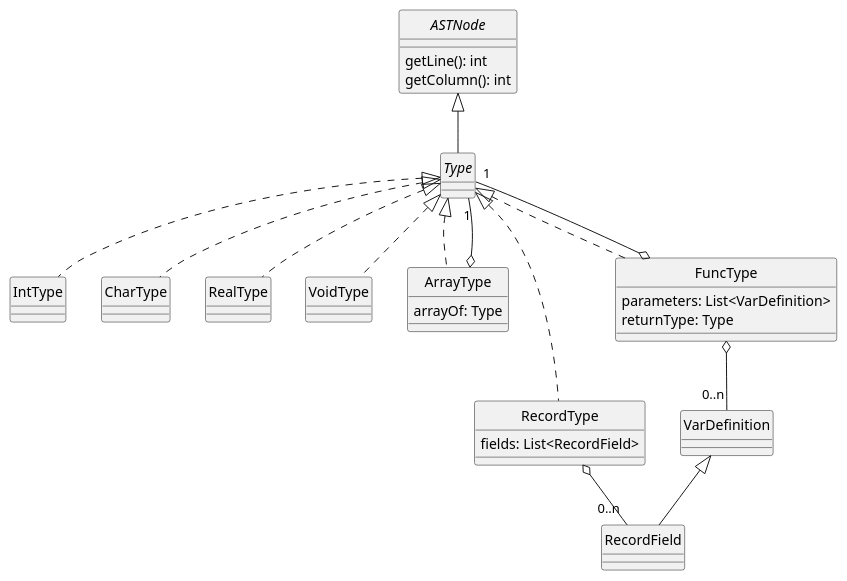
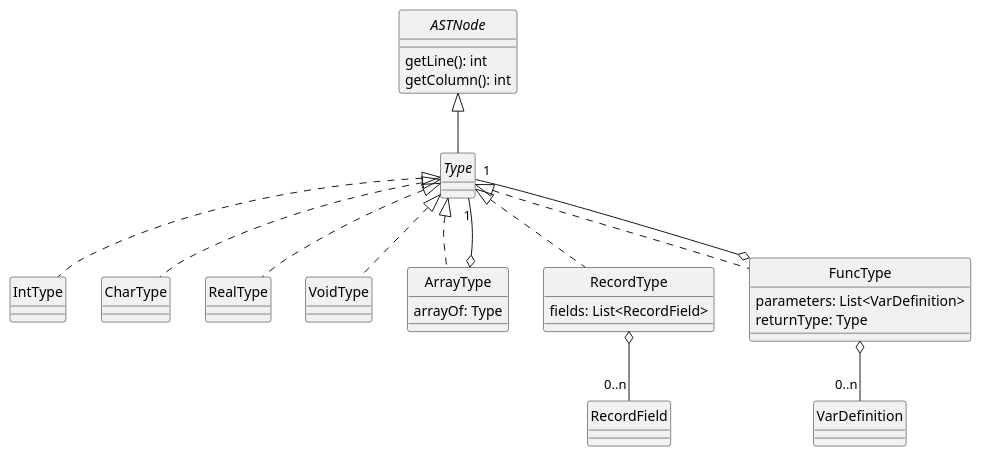
The diagram in docs/diagrams/types.plantuml (aitorllanos99/dlp-2020-2021), drawn with PlantUML before and after one commit. The commit also changed 1 other file, not shown here.

Commit message:
Remove VarDefinition inheritance

```diff
--- a/docs/diagrams/types.plantuml
+++ b/docs/diagrams/types.plantuml
@@ -1,46 +1,45 @@
 @startuml Types
 skinparam style strictuml
 skinparam monochrome true
 
 interface ASTNode {
     getLine(): int
     getColumn(): int
 }
 
 interface Type
 
 ASTNode <|-- Type
 
 class IntType
 class CharType
 class RealType
 class VoidType
 class ArrayType {
     arrayOf: Type
 }
 class RecordType {
     fields: List<RecordField>
 }
 
 class FuncType {
     parameters: List<VarDefinition>
     returnType: Type
 }
 
 Type <|.. IntType
 Type <|.. CharType
 Type <|.. RealType
 Type <|.. ArrayType
 Type <|.. RecordType
 Type <|.. VoidType
 Type <|.. FuncType
 
 FuncType o-- "1" Type
 FuncType o-- "0..n" VarDefinition
 
 RecordType o-- "0..n" RecordField
-VarDefinition <|-- RecordField
 
 ArrayType o-- "1" Type
 
 @enduml
```
